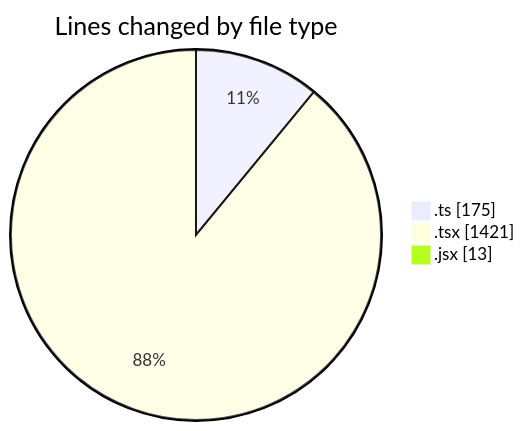
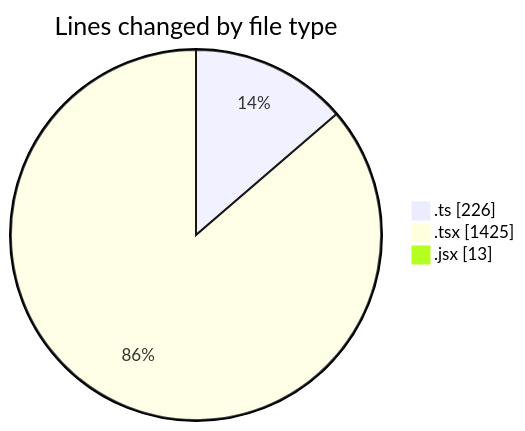
Before and after one commit to momahboobian/code-tracking: the first of 2 diagrams in 2025-12-02/cda/README.md, drawn with Mermaid. The commit also changed other lines of this file and 1 other file, not shown here.

````diff
--- a/2025-12-02/cda/README.md
+++ b/2025-12-02/cda/README.md
@@ -25,7 +26,7 @@
 ```mermaid
 pie showData
 title Lines changed by file type
-".ts" : 175
-".tsx" : 1421
+".ts" : 226
+".tsx" : 1425
 ".jsx" : 13
 ```
````
